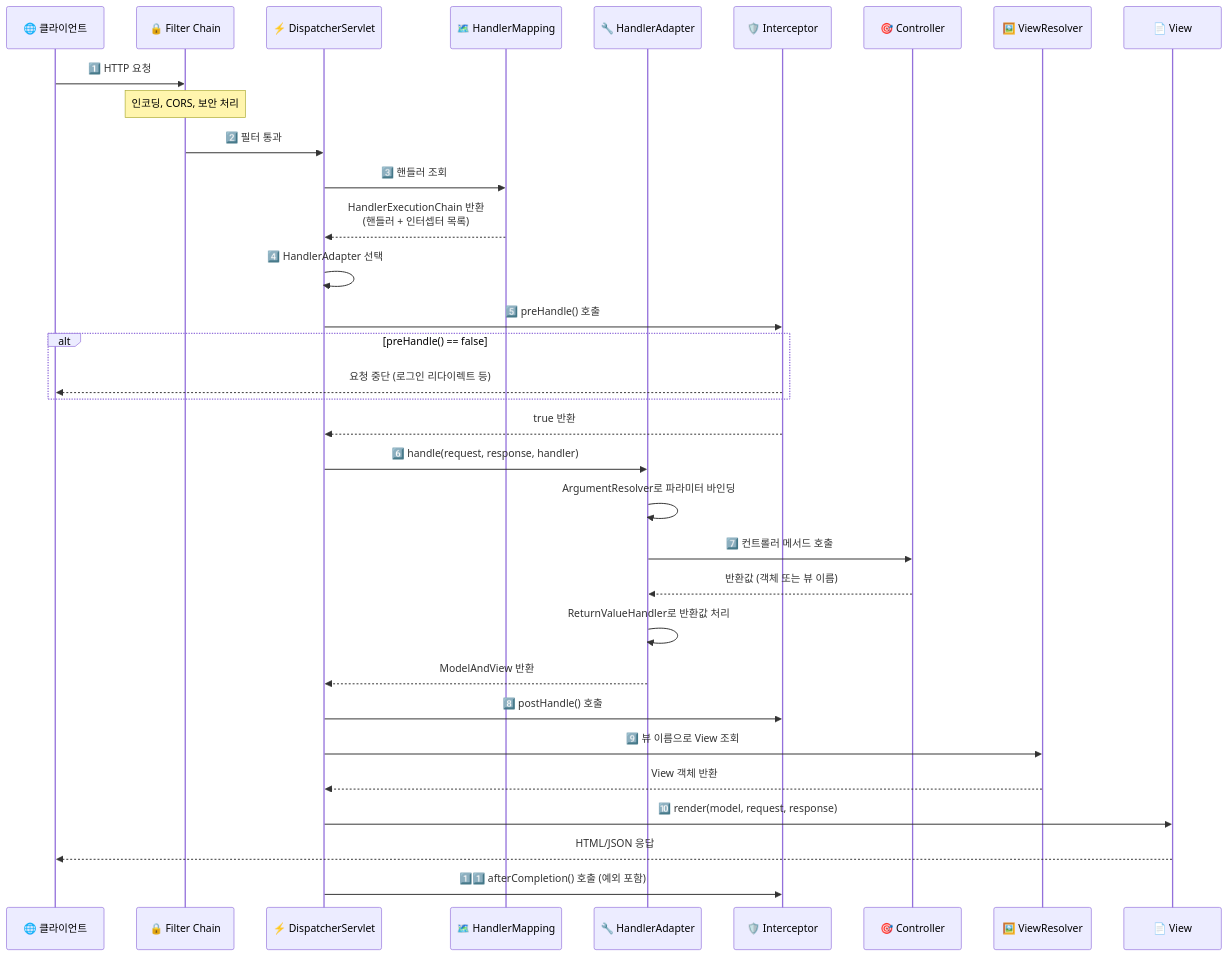
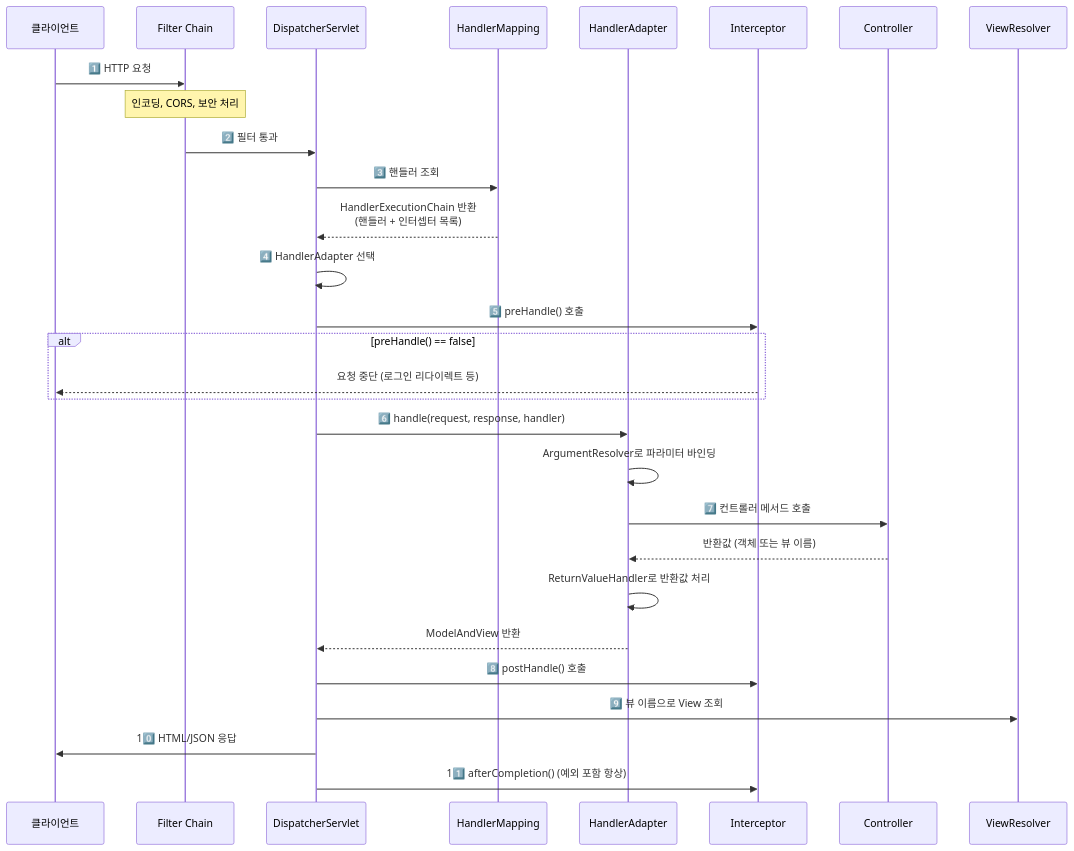
Before and after one commit to yjkim2015/yjkim2015.github.io: the third of 10 diagrams in _posts/spring/2026-05-02-spring-mvc-deep.md, drawn with Mermaid. The commit also changed other lines of this file and 92 other files, not shown here.

First line of the commit message:
Major quality rewrite: 98 files, Mermaid fix, extreme-scenario component

````diff
--- a/_posts/spring/2026-05-02-spring-mvc-deep.md
+++ b/_posts/spring/2026-05-02-spring-mvc-deep.md
@@ -150,36 +154,32 @@
 ```mermaid
 sequenceDiagram
-    participant B as 🌐 클라이언트
-    participant F as 🔒 Filter Chain
-    participant DS as ⚡ DispatcherServlet
-    participant HM as 🗺️ HandlerMapping
-    participant HA as 🔧 HandlerAdapter
-    participant I as 🛡️ Interceptor
-    participant C as 🎯 Controller
-    participant VR as 🖼️ ViewResolver
-    participant V as 📄 View
+    participant B as 클라이언트
+    participant F as Filter Chain
+    participant DS as DispatcherServlet
+    participant HM as HandlerMapping
+    participant HA as HandlerAdapter
+    participant I as Interceptor
+    participant C as Controller
+    participant VR as ViewResolver
 
     B->>F: 1️⃣ HTTP 요청
     Note over F: 인코딩, CORS, 보안 처리
     F->>DS: 2️⃣ 필터 통과
     DS->>HM: 3️⃣ 핸들러 조회
     HM-->>DS: HandlerExecutionChain 반환<br>(핸들러 + 인터셉터 목록)
     DS->>DS: 4️⃣ HandlerAdapter 선택
     DS->>I: 5️⃣ preHandle() 호출
     alt preHandle() == false
         I-->>B: 요청 중단 (로그인 리다이렉트 등)
     end
-    I-->>DS: true 반환
     DS->>HA: 6️⃣ handle(request, response, handler)
     HA->>HA: ArgumentResolver로 파라미터 바인딩
     HA->>C: 7️⃣ 컨트롤러 메서드 호출
     C-->>HA: 반환값 (객체 또는 뷰 이름)
     HA->>HA: ReturnValueHandler로 반환값 처리
     HA-->>DS: ModelAndView 반환
     DS->>I: 8️⃣ postHandle() 호출
     DS->>VR: 9️⃣ 뷰 이름으로 View 조회
-    VR-->>DS: View 객체 반환
-    DS->>V: 🔟 render(model, request, response)
-    V-->>B: HTML/JSON 응답
-    DS->>I: 1️⃣1️⃣ afterCompletion() 호출 (예외 포함)
+    DS->>B: 10️⃣ HTML/JSON 응답
+    DS->>I: 11️⃣ afterCompletion() (예외 포함 항상)
 ```
````
